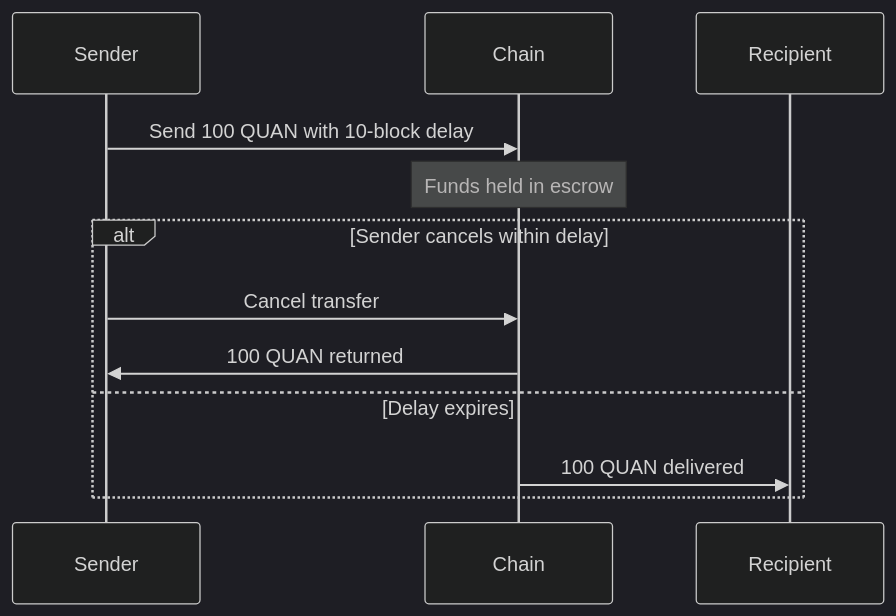
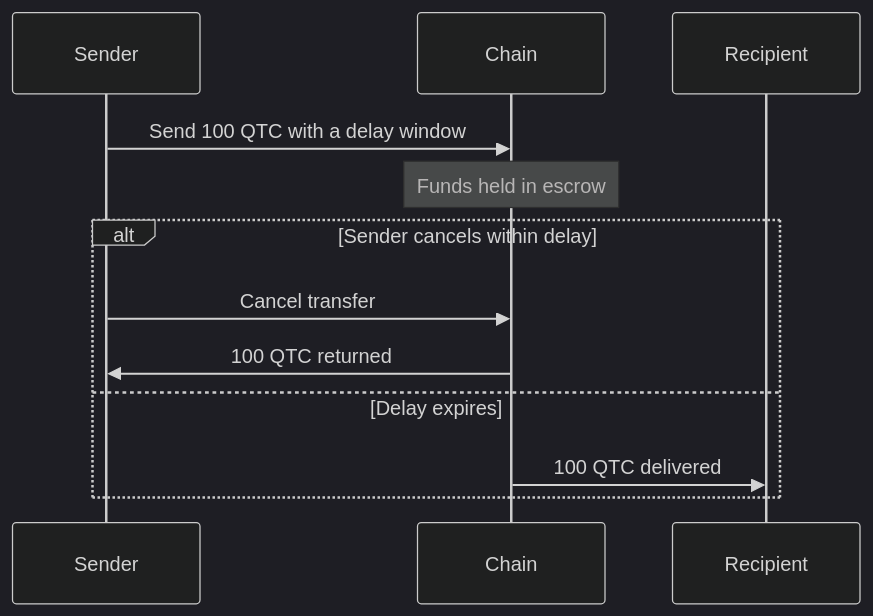
Before and after one commit to Quantus-Network/docs: the first of 2 diagrams in docs/deep-dives/safety.md, drawn with Mermaid (dark theme). The commit also changed other lines of this file and 9 other files, not shown here.

````diff
--- a/docs/deep-dives/safety.md
+++ b/docs/deep-dives/safety.md
@@ -33,16 +33,16 @@
 ```mermaid
 sequenceDiagram
     participant Sender
     participant Chain
     participant Recipient
 
-    Sender->>Chain: Send 100 QUAN with 10-block delay
+    Sender->>Chain: Send 100 QTC with a delay window
     Note over Chain: Funds held in escrow
 
     alt Sender cancels within delay
         Sender->>Chain: Cancel transfer
-        Chain->>Sender: 100 QUAN returned
+        Chain->>Sender: 100 QTC returned
     else Delay expires
-        Chain->>Recipient: 100 QUAN delivered
+        Chain->>Recipient: 100 QTC delivered
     end
 ```
````
